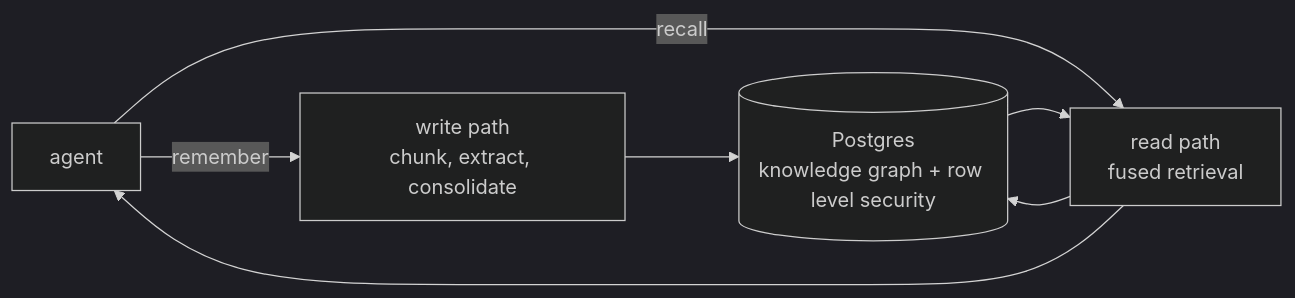
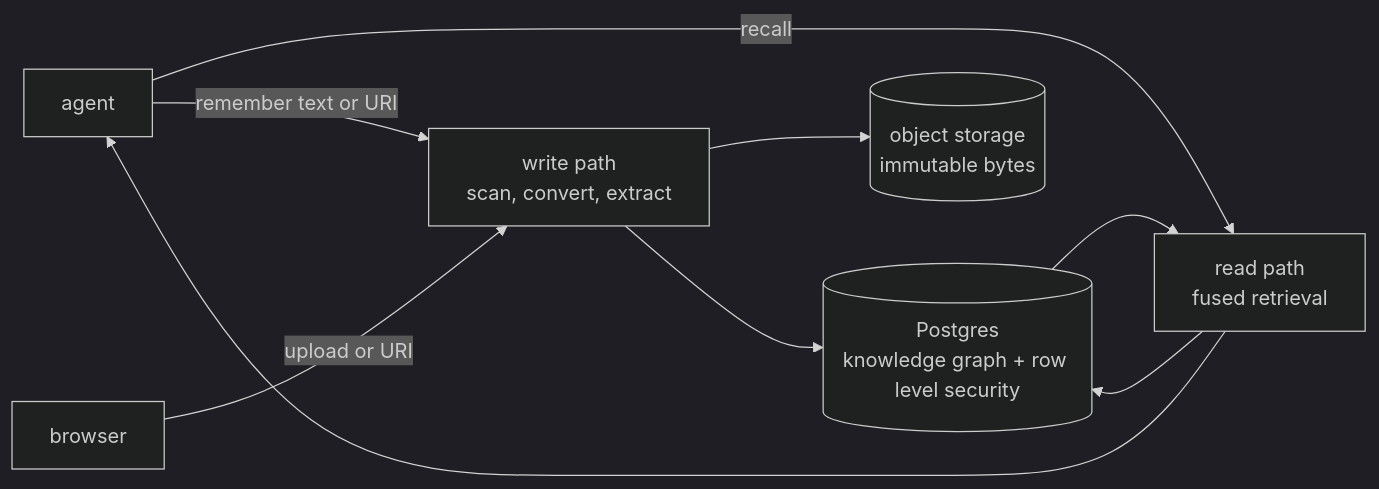
Before and after one commit to phvv-me/aizk: the diagram in README.md, drawn with Mermaid (dark theme). The commit also changed other lines of this file and 394 other files, not shown here.

````diff
--- a/README.md
+++ b/README.md
@@ -61,8 +65,10 @@
 ```mermaid
 flowchart LR
-    A[agent] -->|remember| W[write path<br/>chunk, extract, consolidate]
+    A[agent] -->|remember text or URI| W[write path<br/>scan, convert, extract]
+    B[browser] -->|upload or URI| W
     A -->|recall| Re[read path<br/>fused retrieval]
     W --> P[(Postgres<br/>knowledge graph + row level security)]
+    W --> O[(object storage<br/>immutable bytes)]
     Re --> P
     P --> Re --> A
 ```
````
